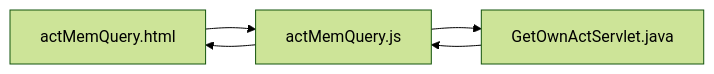
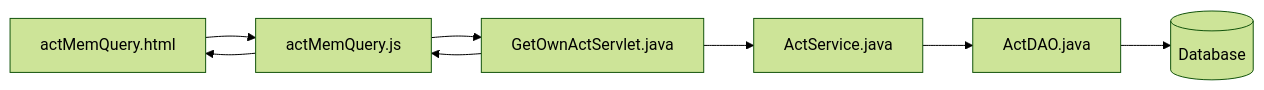
The fifth of 13 diagrams in README.md (TLexYuW/CGA103G1OwnPart), drawn with Mermaid (forest theme) before and after one commit. The commit also changed other lines of this file, not shown here.

Commit message:
LexVaultBackup: 2022-09-11 23:08:53
Affected files:
README.md

````diff
--- a/README.md
+++ b/README.md
@@ -84,5 +84,7 @@
 ```mermaid
 flowchart LR
 	aMQhtml[actMemQuery.html] --> aMQjs[actMemQuery.js] --> GOAS[GetOwnActServlet.java]
+	--> AS[ActService.java] --> AD[ActDAO.java] --> DB[(Database)]
+	
 	GOAS --> aMQjs --> aMQhtml
 ```
````
